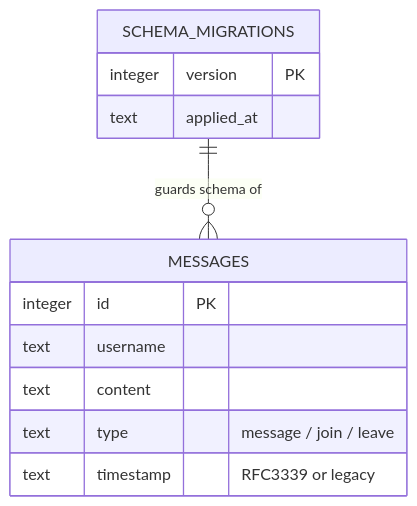
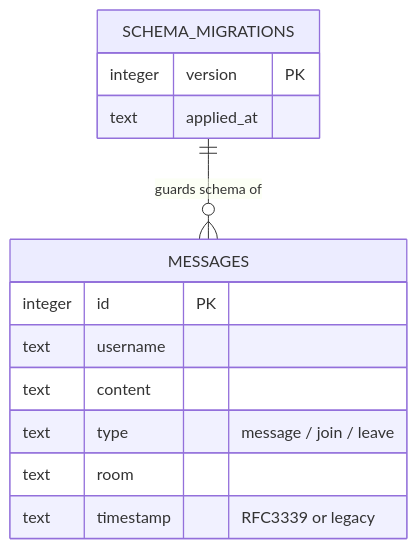
One commit to AlisinaDevelo/Chatster changed the fourth of 4 diagrams in docs/ARCHITECTURE.md. Above: the diagram before and after it, drawn with Mermaid. The commit also changed other lines of this file and 9 other files, not shown here.

````diff
--- a/docs/ARCHITECTURE.md
+++ b/docs/ARCHITECTURE.md
@@ -106,15 +109,16 @@
 ```mermaid
 erDiagram
   SCHEMA_MIGRATIONS ||--o{ MESSAGES : "guards schema of"
   MESSAGES {
     integer id PK
     text    username
     text    content
     text    type "message / join / leave"
+    text    room
     text    timestamp "RFC3339 or legacy"
   }
   SCHEMA_MIGRATIONS {
     integer version PK
     text    applied_at
   }
 ```
````
